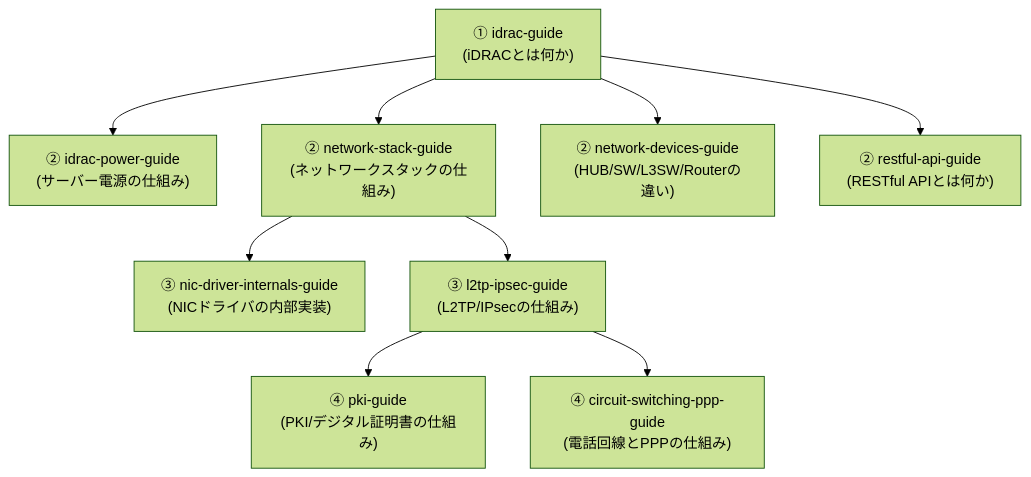
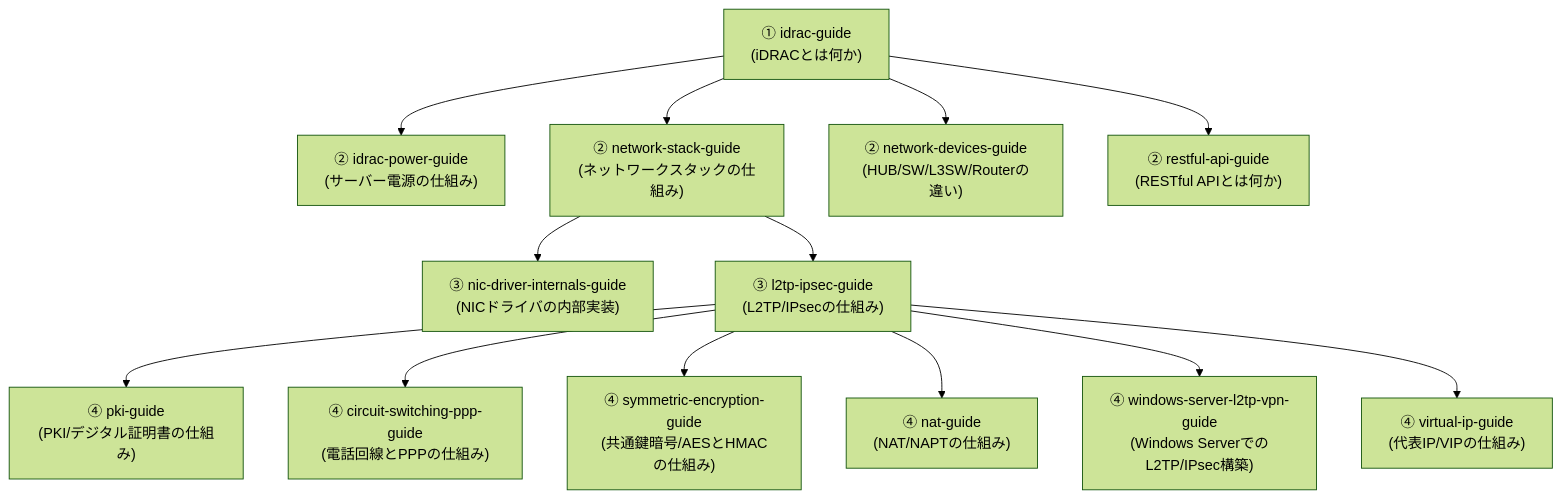
Before and after one commit to koikoi1998/koikoi-blog-20260723: the diagram in src/pages/sitemap.md, drawn with Mermaid (forest theme). The commit also changed other lines of this file and 11 other files, not shown here.

First line of the commit message:
L2TP/IPsec記事のレビュー5回目の指摘を反映し、NAT/共通鍵暗号/代表IP/Windows Server構築の4記事を新設

````diff
--- a/src/pages/sitemap.md
+++ b/src/pages/sitemap.md
@@ -20,21 +20,29 @@
 ```mermaid
 graph TB
     Idrac["① idrac-guide<br/>(iDRACとは何か)"]
     Power["② idrac-power-guide<br/>(サーバー電源の仕組み)"]
     Net["② network-stack-guide<br/>(ネットワークスタックの仕組み)"]
     Devices["② network-devices-guide<br/>(HUB/SW/L3SW/Routerの違い)"]
     Api["② restful-api-guide<br/>(RESTful APIとは何か)"]
     Nic["③ nic-driver-internals-guide<br/>(NICドライバの内部実装)"]
     L2tp["③ l2tp-ipsec-guide<br/>(L2TP/IPsecの仕組み)"]
     Pki["④ pki-guide<br/>(PKI/デジタル証明書の仕組み)"]
     Circuit["④ circuit-switching-ppp-guide<br/>(電話回線とPPPの仕組み)"]
+    Sym["④ symmetric-encryption-guide<br/>(共通鍵暗号/AESとHMACの仕組み)"]
+    Nat["④ nat-guide<br/>(NAT/NAPTの仕組み)"]
+    Winvpn["④ windows-server-l2tp-vpn-guide<br/>(Windows ServerでのL2TP/IPsec構築)"]
+    Vip["④ virtual-ip-guide<br/>(代表IP/VIPの仕組み)"]
 
     Idrac --> Power
     Idrac --> Net
     Idrac --> Devices
     Idrac --> Api
     Net --> Nic
     Net --> L2tp
     L2tp --> Pki
     L2tp --> Circuit
+    L2tp --> Sym
+    L2tp --> Nat
+    L2tp --> Winvpn
+    L2tp --> Vip
 ```
````
